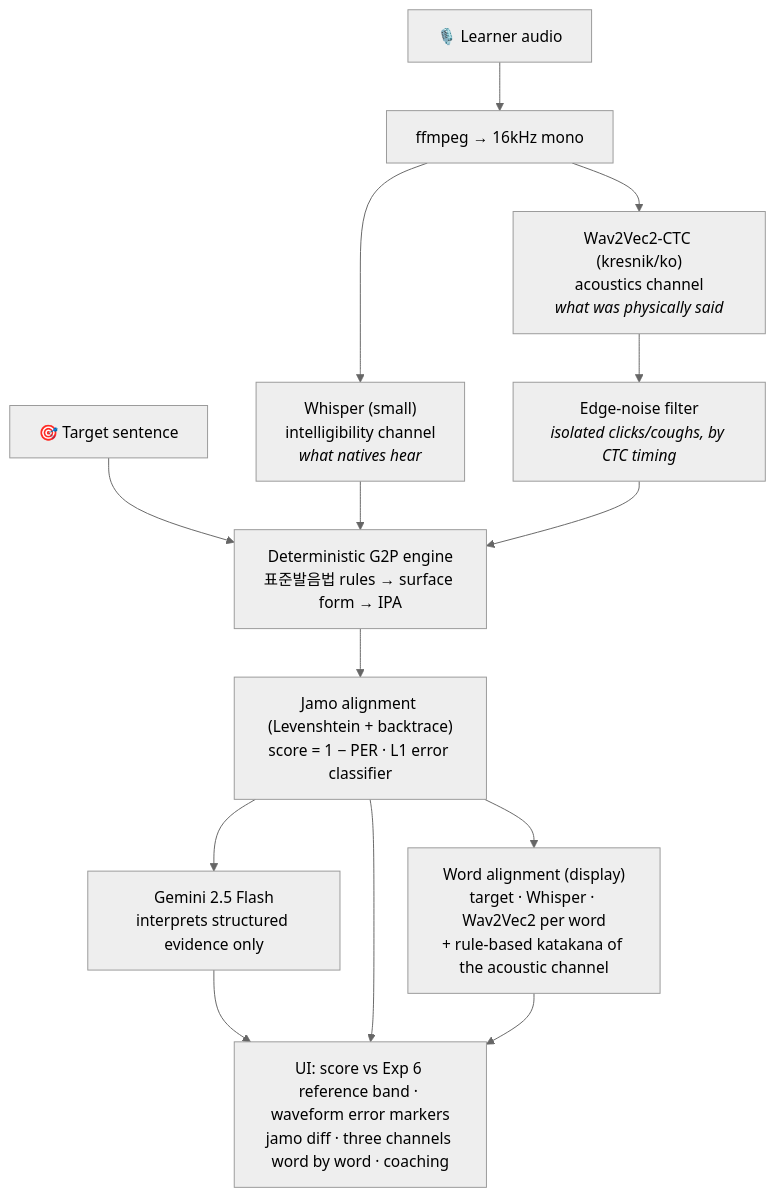
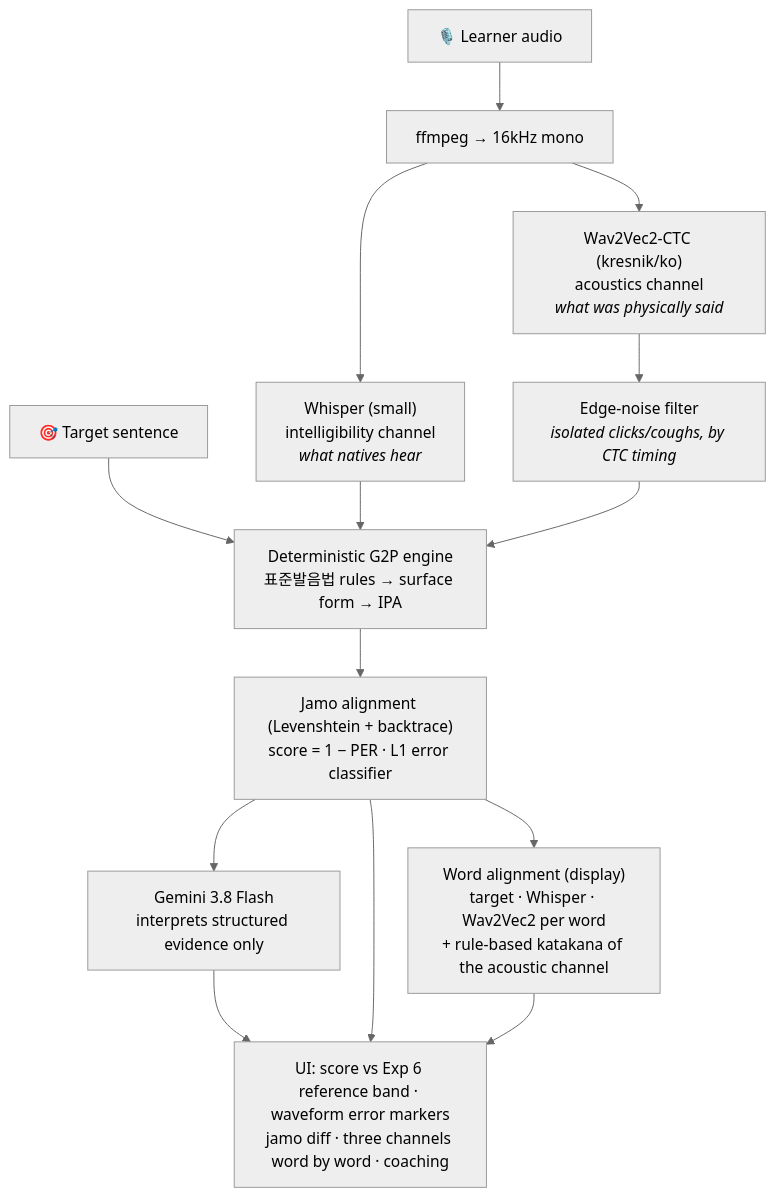
One commit to fairyofdata/PhonemeJP2KR changed the diagram in README.md. Above: the diagram before and after it, drawn with Mermaid (neutral theme). The commit also changed other lines of this file and 7 other files, not shown here.

````diff
--- a/README.md
+++ b/README.md
@@ -55,16 +55,16 @@
 ```mermaid
 flowchart TD
     A[🎙️ Learner audio] --> B[ffmpeg → 16kHz mono]
     B --> C["Whisper (small)<br/>intelligibility channel<br/><i>what natives hear</i>"]
     B --> D["Wav2Vec2-CTC (kresnik/ko)<br/>acoustics channel<br/><i>what was physically said</i>"]
     T[🎯 Target sentence] --> G
     C --> G["Deterministic G2P engine<br/>표준발음법 rules → surface form → IPA"]
     D --> N["Edge-noise filter<br/><i>isolated clicks/coughs, by CTC timing</i>"]
     N --> G
     G --> S["Jamo alignment (Levenshtein + backtrace)<br/>score = 1 − PER · L1 error classifier"]
     S --> W["Word alignment (display)<br/>target · Whisper · Wav2Vec2 per word<br/>+ rule-based katakana of the acoustic channel"]
-    S --> L["Gemini 2.5 Flash<br/>interprets structured evidence only"]
+    S --> L["Gemini 3.8 Flash<br/>interprets structured evidence only"]
     L --> U["UI: score vs Exp 6 reference band · waveform error markers<br/>jamo diff · three channels word by word · coaching"]
     S --> U
     W --> U
 ```
````
